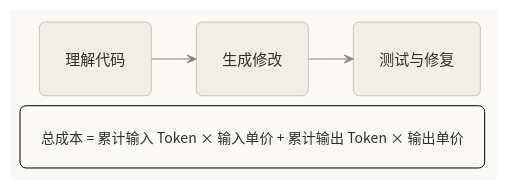
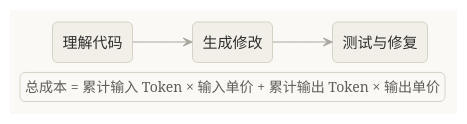
Before and after one commit to i-zrhe2016/blog.zrhe2016.cc: the fourth of 5 diagrams in src/content/posts/magpie-deepseek-4-1-claude-code.md, drawn with PlantUML. The commit also changed other lines of this file and 5 other files, not shown here.

Commit message:
docs: refine Magpie article diagrams (clean sequence flow, no render warnings)

````diff
--- a/src/content/posts/magpie-deepseek-4-1-claude-code.md
+++ b/src/content/posts/magpie-deepseek-4-1-claude-code.md
@@ -145,32 +144,33 @@
 ```plantuml
 @startuml
 !theme plain
 skinparam backgroundColor #FAF9F5
-skinparam defaultFontName "Noto Sans CJK SC"
+skinparam defaultFontName "Microsoft YaHei"
 skinparam defaultFontSize 15
 skinparam defaultFontColor #30302E
 skinparam shadowing false
-skinparam roundCorner 12
-skinparam padding 16
-skinparam nodesep 40
-skinparam ranksep 45
-skinparam ArrowColor #87867F
+skinparam roundCorner 10
+skinparam ArrowColor #A8A69D
 skinparam ArrowThickness 1
-skinparam rectangle {
-  BackgroundColor #F0EEE6
-  BorderColor #C8C5BB
-  BorderThickness 1
-}
+skinparam rectangleBackgroundColor #F1EFE7
+skinparam rectangleBorderColor #D6D2C6
+skinparam rectangleBorderThickness 1
+skinparam rectanglePadding 14
 hide stereotype
+skinparam legendBackgroundColor #FAF9F5
+skinparam legendBorderColor #D6D2C6
+skinparam legendFontColor #5F5E59
 left to right direction
 
 rectangle "理解代码" as A
 rectangle "生成修改" as B
 rectangle "测试与修复" as C
+
 A --> B
 B --> C
+
 legend bottom
   总成本 = 累计输入 Token × 输入单价 + 累计输出 Token × 输出单价
 endlegend
 @enduml
 ```
````
